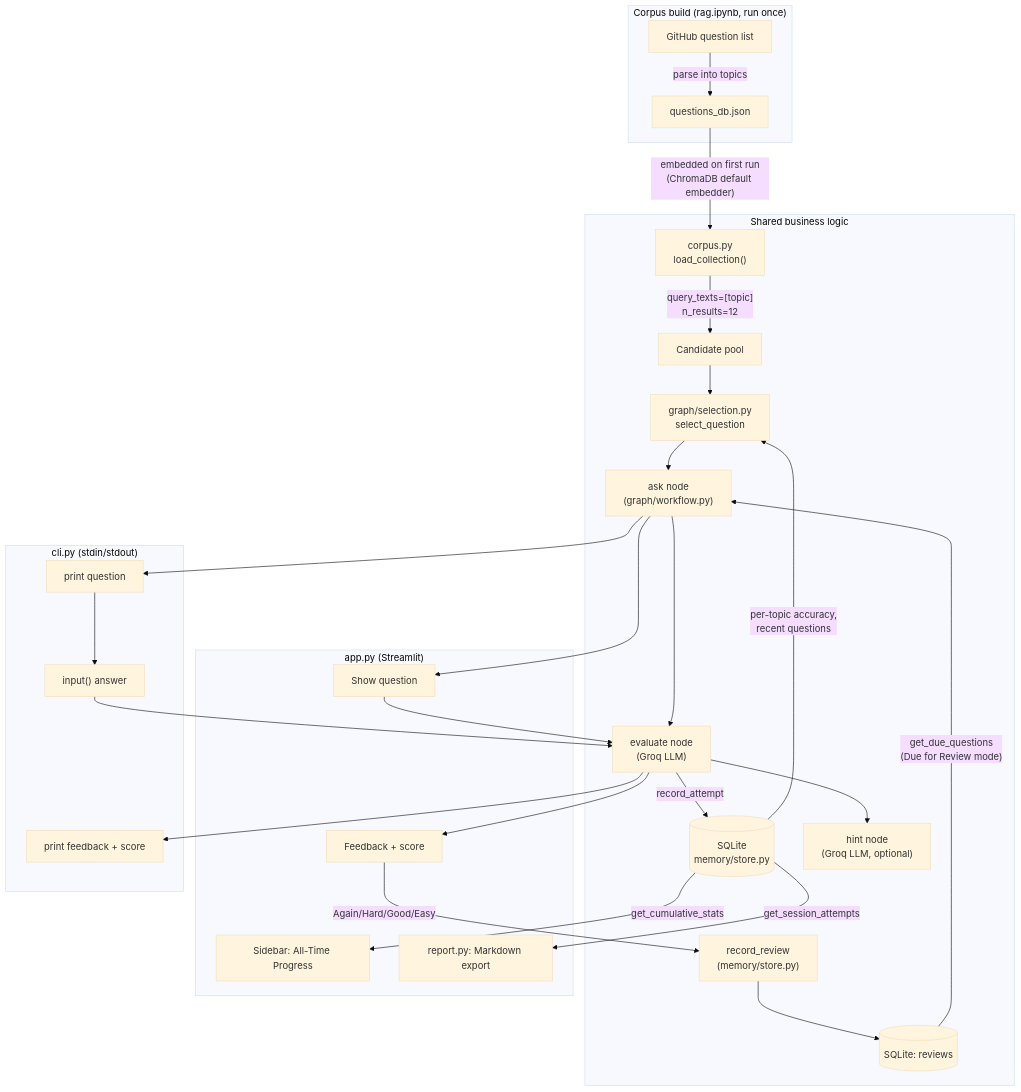
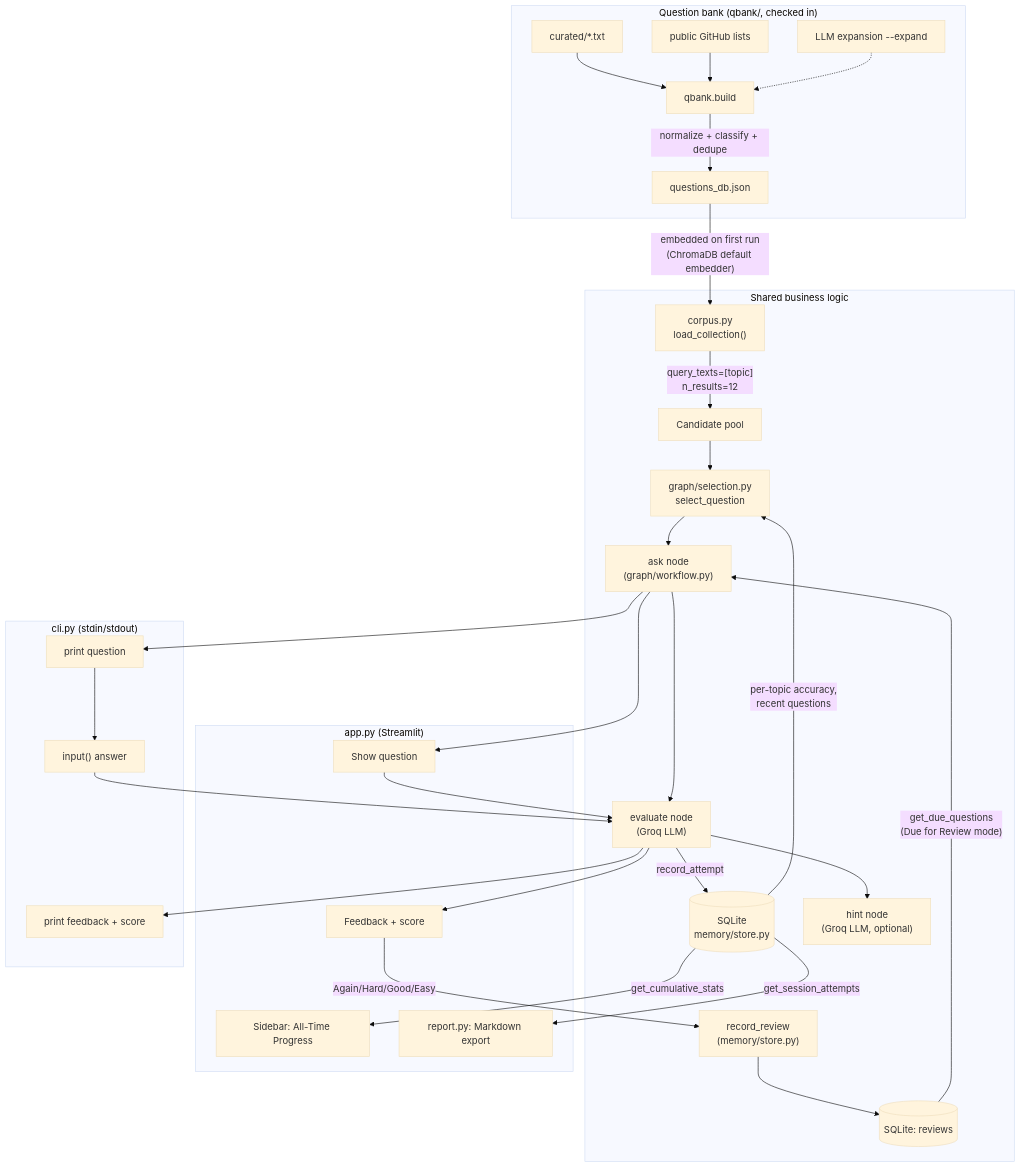
One commit to monikagadage/java-interview-coach changed the diagram in DESIGN.md. Above: the diagram before and after it, drawn with Mermaid (base theme). The commit also changed other lines of this file and 37 other files, not shown here.

First line of the commit message:
Question-bank pipeline: qbank/ (~2,500 questions, checked in, scales to 10k+) (#4)

````diff
--- a/DESIGN.md
+++ b/DESIGN.md
@@ -11,35 +11,38 @@
 ```mermaid
 flowchart TD
-    subgraph corpus["Corpus build (rag.ipynb, run once)"]
-        GH[GitHub question list] -->|parse into topics| JSON[questions_db.json]
+    subgraph corpus["Question bank (qbank/, checked in)"]
+        CUR[curated/*.txt] --> BUILD[qbank.build]
+        SRC[public GitHub lists] --> BUILD
+        EXP[LLM expansion --expand] -.-> BUILD
+        BUILD -->|normalize + classify + dedupe| JSON[questions_db.json]
     end
 
     subgraph shared["Shared business logic"]
         JSON -->|"embedded on first run\n(ChromaDB default embedder)"| Chroma["corpus.py\nload_collection()"]
         Chroma -->|"query_texts=[topic]\nn_results=12"| Candidates[Candidate pool]
         Candidates --> Selection[graph/selection.py\nselect_question]
         Stats[(SQLite\nmemory/store.py)] -->|per-topic accuracy,\nrecent questions| Selection
         Selection --> Ask["ask node\n(graph/workflow.py)"]
         Ask --> Evaluate["evaluate node\n(Groq LLM)"]
         Evaluate -->|record_attempt| Stats
         Evaluate --> Hint["hint node\n(Groq LLM, optional)"]
         Rate["record_review\n(memory/store.py)"] --> Reviews[(SQLite: reviews)]
         Reviews -->|"get_due_questions\n(Due for Review mode)"| Ask
     end
 
     subgraph streamlit["app.py (Streamlit)"]
         Ask --> UI[Show question]
         UI --> Evaluate
         Evaluate --> UI2[Feedback + score]
         UI2 -->|"Again/Hard/Good/Easy"| Rate
         Stats -->|get_cumulative_stats| Sidebar["Sidebar: All-Time Progress"]
         Stats -->|get_session_attempts| Report["report.py: Markdown export"]
     end
 
     subgraph cli["cli.py (stdin/stdout)"]
         Ask --> Print[print question]
         Print --> Input["input() answer"]
         Input --> Evaluate
         Evaluate --> Score[print feedback + score]
     end
 ```
````
